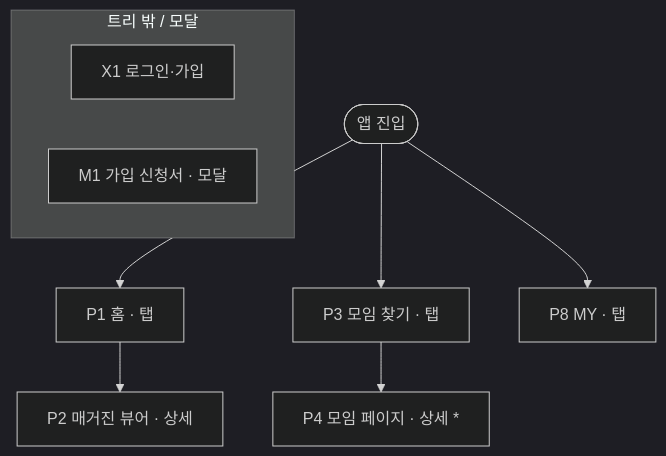
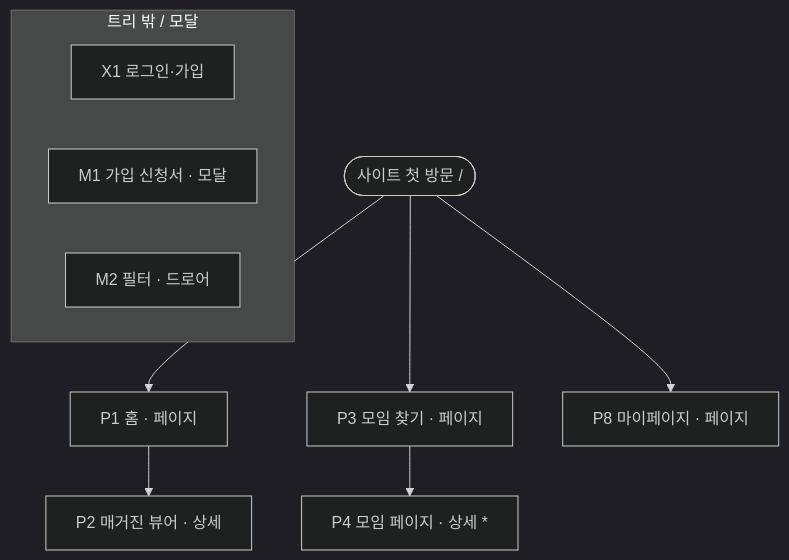
Before and after one commit to dkGithup2022/dk-discovery-bundle: the diagram in project_discovery/references/sitemap-guide.md, drawn with Mermaid (dark theme). The commit also changed other lines of this file and 9 other files, not shown here.

First line of the commit message:
docs(sitemap, user-flow, wireframe): 웹을 기본 플랫폼으로

````diff
--- a/project_discovery/references/sitemap-guide.md
+++ b/project_discovery/references/sitemap-guide.md
@@ -139,13 +160,14 @@
 ```mermaid
 flowchart TD
-    ROOT([앱 진입])
-    ROOT --> P1[P1 홈 · 탭]
-    ROOT --> P3[P3 모임 찾기 · 탭]
-    ROOT --> P8[P8 MY · 탭]
+    ROOT([사이트 첫 방문 /])
+    ROOT --> P1[P1 홈 · 페이지]
+    ROOT --> P3[P3 모임 찾기 · 페이지]
+    ROOT --> P8[P8 마이페이지 · 페이지]
     P1 --> P2[P2 매거진 뷰어 · 상세]
     P3 --> P4[P4 모임 페이지 · 상세 *]
     subgraph OUT[트리 밖 / 모달]
         X1[X1 로그인·가입]
         M1[M1 가입 신청서 · 모달]
+        M2[M2 필터 · 드로어]
     end
 ```
````
